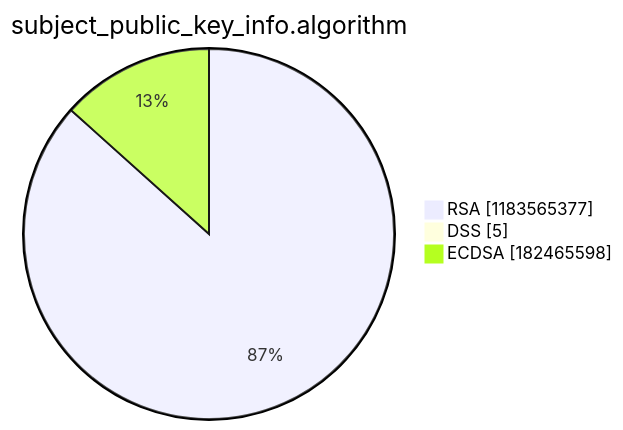
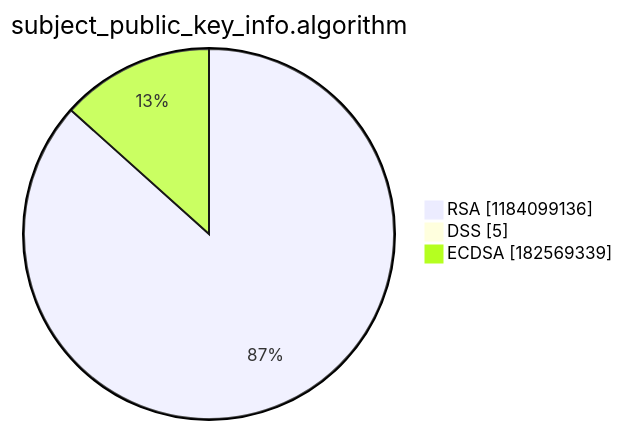
One commit to christiankrug/ctmonitor_visualization changed the third of 15 diagrams in argon2022/README.md. Above: the diagram before and after it, drawn with Mermaid. The commit also changed other lines of this file, not shown here.

````diff
--- a/argon2022/README.md
+++ b/argon2022/README.md
@@ -14,7 +14,7 @@
 ```mermaid
 pie showData
 title subject_public_key_info.algorithm
-"RSA" :1183565377
+"RSA" :1184099136
 "DSS" :5
-"ECDSA" :182465598
+"ECDSA" :182569339
 ```
````
